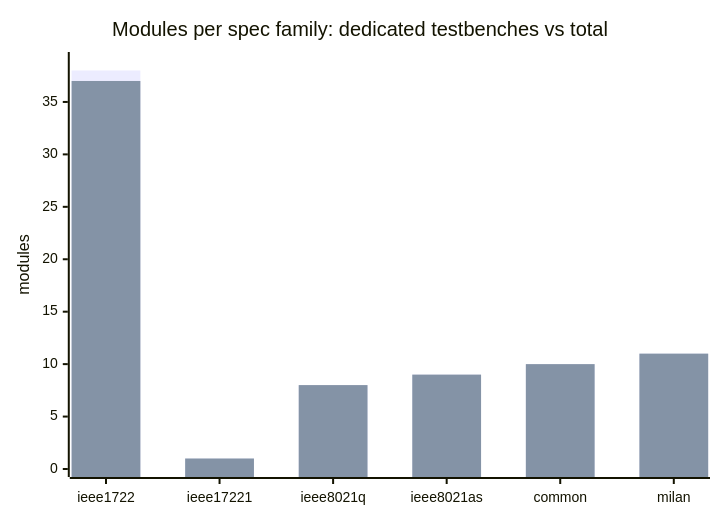
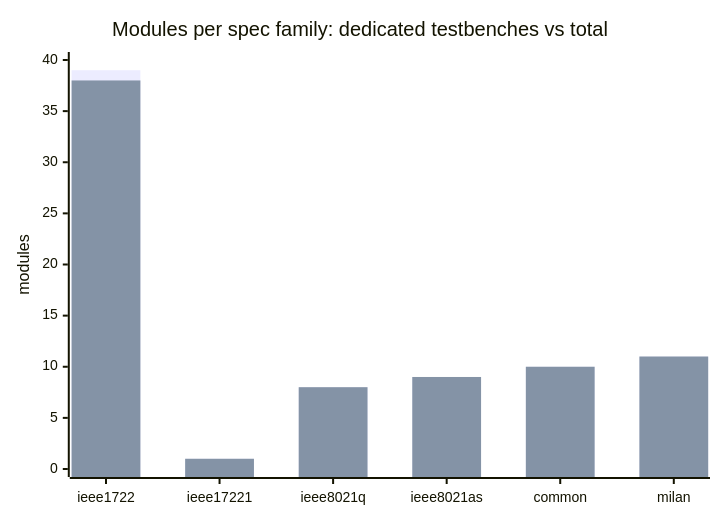
One commit to kebag-logic/milan-fpga changed the diagram in docs/traceability/MODULE_MATRIX.md. Above: the diagram before and after it, drawn with Mermaid. The commit also changed other lines of this file and 7 other files, not shown here.

````diff
--- a/docs/traceability/MODULE_MATRIX.md
+++ b/docs/traceability/MODULE_MATRIX.md
@@ -30,8 +30,8 @@
 ```mermaid
 xychart-beta
     title "Modules per spec family: dedicated testbenches vs total"
     x-axis ["ieee1722", "ieee17221", "ieee8021q", "ieee8021as", "common", "milan"]
-    y-axis "modules" 0 --> 39
+    y-axis "modules" 0 --> 40
+    bar [39, 1, 8, 9, 10, 11]
     bar [38, 1, 8, 9, 10, 11]
-    bar [37, 1, 8, 9, 10, 11]
 ```
````
